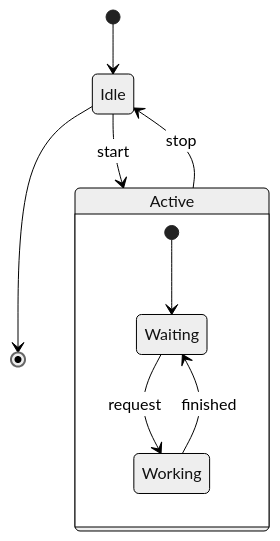
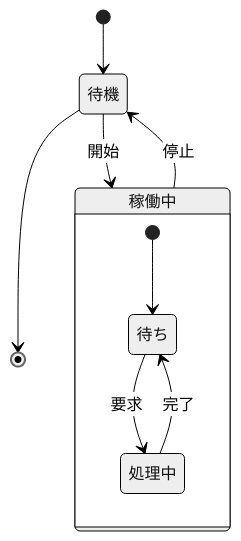
Before and after one commit to kohdice/mp-rs: diagram 25 of 29 in examples/EXAMPLE_ja.md, drawn with Mermaid (neutral theme). The commit also changed other lines of this file and 1 other file, not shown here.

````diff
--- a/examples/EXAMPLE_ja.md
+++ b/examples/EXAMPLE_ja.md
@@ -355,12 +537,15 @@
 ```mermaid
 stateDiagram-v2
+    state "待機" as Idle
+    state "稼働中" as Active {
+        state "待ち" as Waiting
+        state "処理中" as Working
+        [*] --> Waiting
+        Waiting --> Working : 要求
+        Working --> Waiting : 完了
+    }
     [*] --> Idle
-    state Active {
-        [*] --> Waiting
-        Waiting --> Working : request
-        Working --> Waiting : finished
-    }
-    Idle --> Active : start
-    Active --> Idle : stop
+    Idle --> Active : 開始
+    Active --> Idle : 停止
     Idle --> [*]
 ```
````
